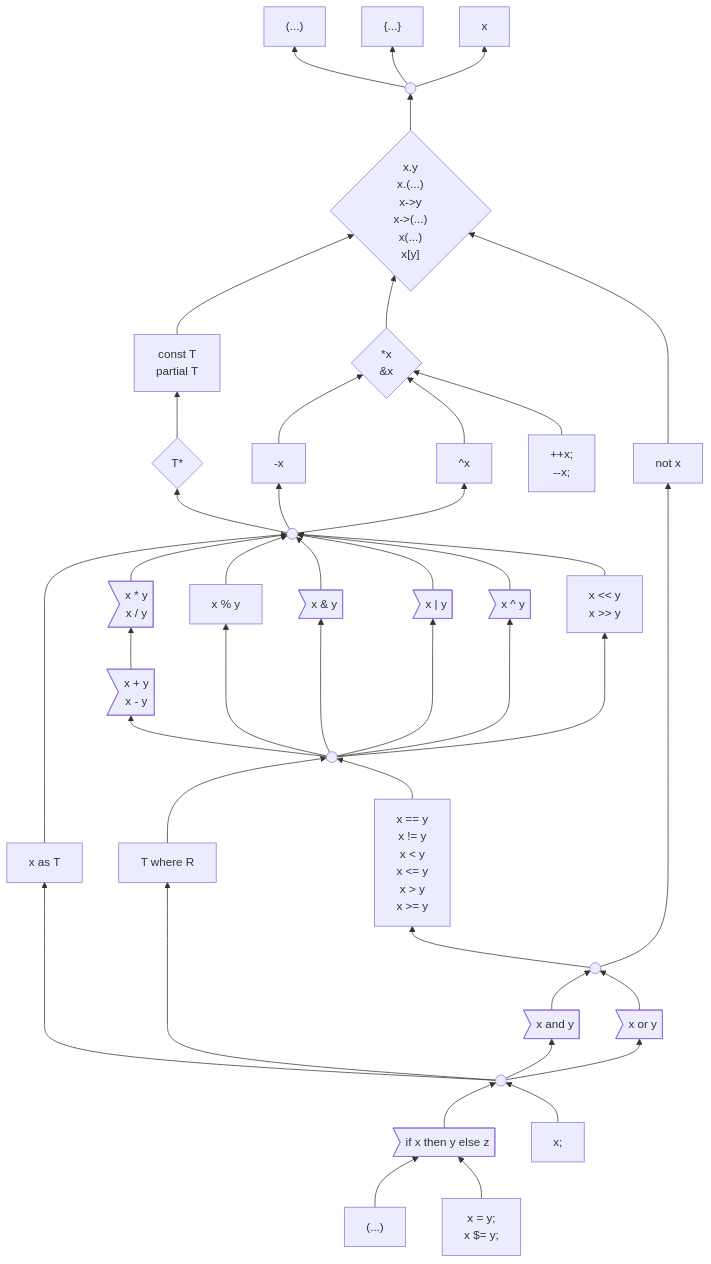
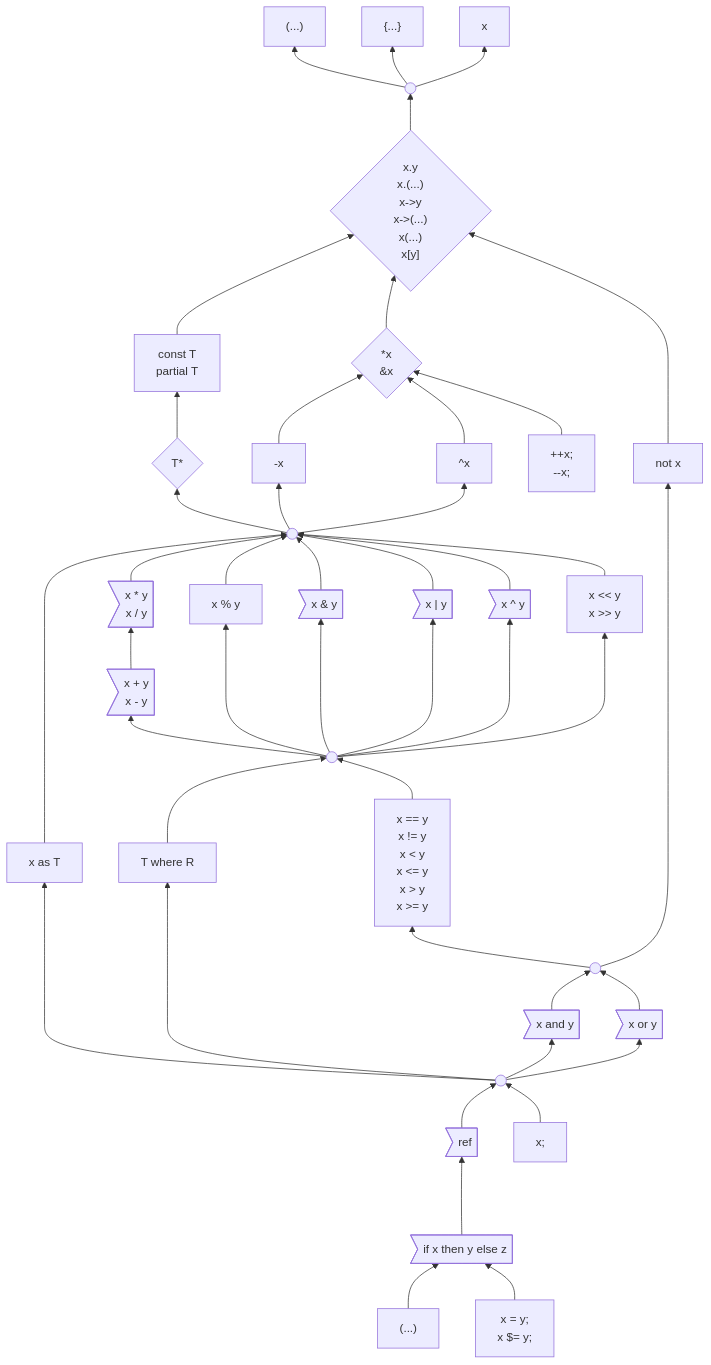
One commit to carbon-language/carbon-lang changed the first of 3 diagrams in docs/design/expressions/README.md. Above: the diagram before and after it, drawn with Mermaid. The commit also changed 13 other files, not shown here.

````diff
--- a/docs/design/expressions/README.md
+++ b/docs/design/expressions/README.md
@@ -145,6 +145,8 @@
 
     logicalExpression((" "))
 
+    ref>"ref"]
+
     if>"if x then y else z"]
     click if "https://github.com/carbon-language/carbon-lang/blob/trunk/docs/design/expressions/if.md"
 
@@ -187,6 +189,7 @@
 
     and & or --> logicalOperand
     logicalExpression --> as & where & and & or
-    if & expressionStatement --> logicalExpression
+    ref & expressionStatement --> logicalExpression
+    if ---> ref
     insideParens & assignment --> if
 ```
````
